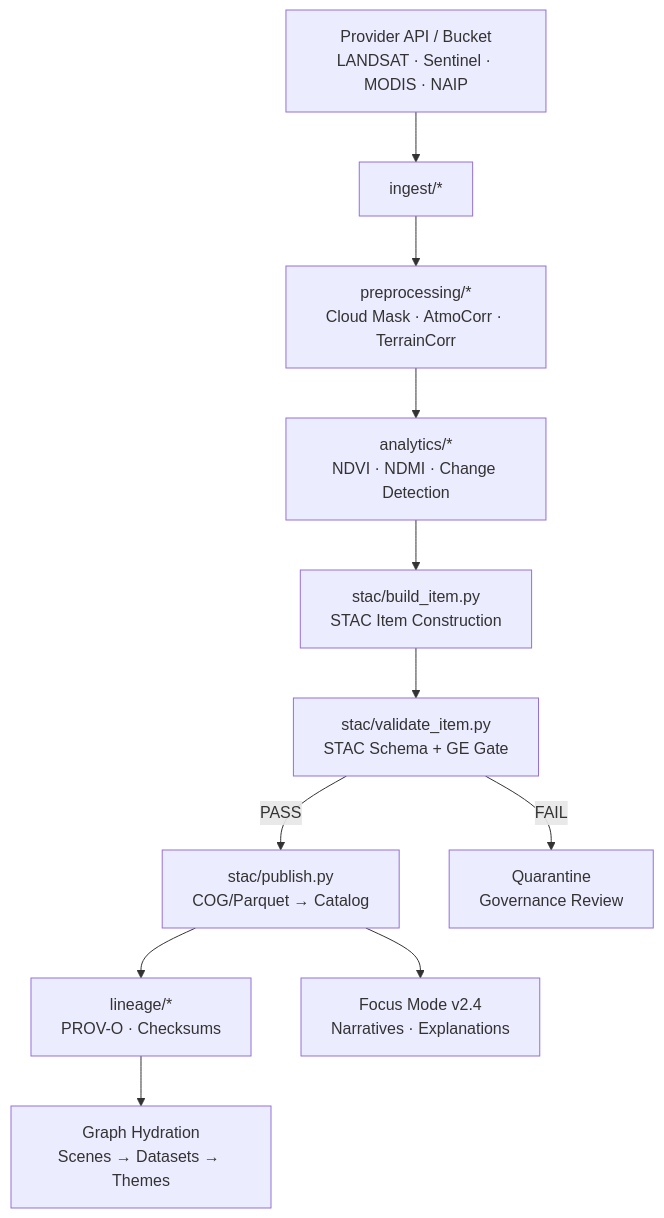
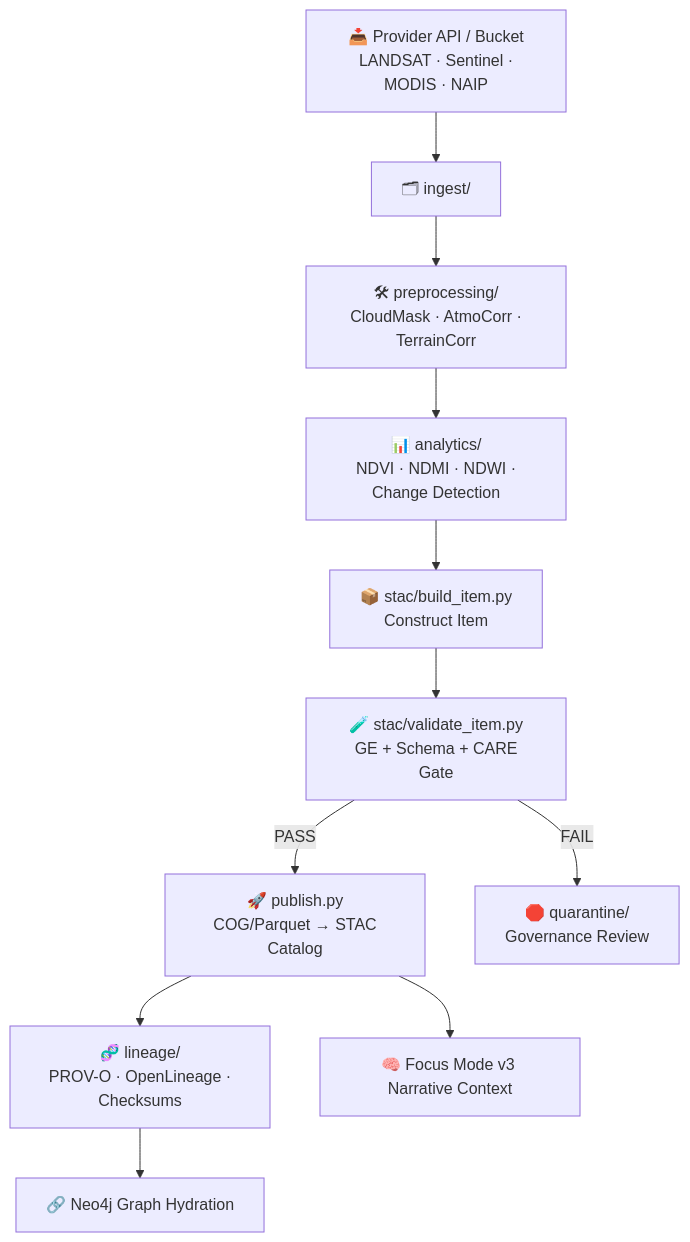
The diagram in src/pipelines/remote-sensing/README.md (bartytime4life/Kansas-Frontier-Matrix), drawn with Mermaid before and after one commit. The commit also changed other lines of this file, not shown here.

````diff
--- a/src/pipelines/remote-sensing/README.md
+++ b/src/pipelines/remote-sensing/README.md
@@ -114,13 +124,13 @@
-~~~~~mermaid
+```mermaid
 flowchart TD
-  A["Provider API / Bucket<br/>LANDSAT · Sentinel · MODIS · NAIP"] --> B["ingest/*"]
-  B --> C["preprocessing/*<br/>Cloud Mask · AtmoCorr · TerrainCorr"]
-  C --> D["analytics/*<br/>NDVI · NDMI · Change Detection"]
-  D --> E["stac/build_item.py<br/>STAC Item Construction"]
-  E --> F["stac/validate_item.py<br/>STAC Schema + GE Gate"]
-  F -->|PASS| G["stac/publish.py<br/>COG/Parquet → Catalog"]
-  F -->|FAIL| H["Quarantine<br/>Governance Review"]
-  G --> I["lineage/*<br/>PROV-O · Checksums"]
-  I --> J["Graph Hydration<br/>Scenes → Datasets → Themes"]
-  G --> K["Focus Mode v2.4<br/>Narratives · Explanations"]
-~~~~~
+  A["📥 Provider API / Bucket<br/> LANDSAT · Sentinel · MODIS · NAIP"] --> B["🗂 ingest/"]
+  B --> C["🛠 preprocessing/<br/> CloudMask · AtmoCorr · TerrainCorr"]
+  C --> D["📊 analytics/<br/> NDVI · NDMI · NDWI · Change Detection"]
+  D --> E["📦 stac/build_item.py<br/> Construct Item"]
+  E --> F["🧪 stac/validate_item.py<br/> GE + Schema + CARE Gate"]
+  F -->|PASS| G["🚀 publish.py<br/> COG/Parquet → STAC Catalog"]
+  F -->|FAIL| H["🛑 quarantine/<br/> Governance Review"]
+  G --> I["🧬 lineage/<br/> PROV-O · OpenLineage · Checksums"]
+  I --> J["🔗 Neo4j Graph Hydration"]
+  G --> K["🧠 Focus Mode v3 Narrative Context"]
+```
````
